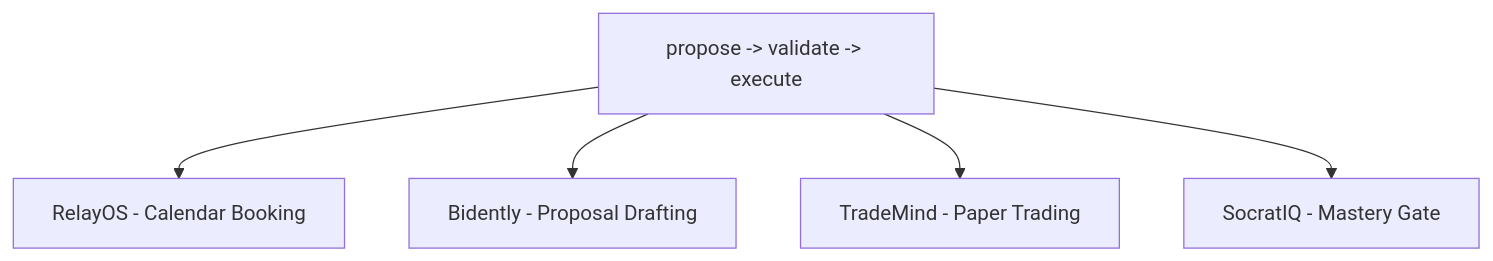
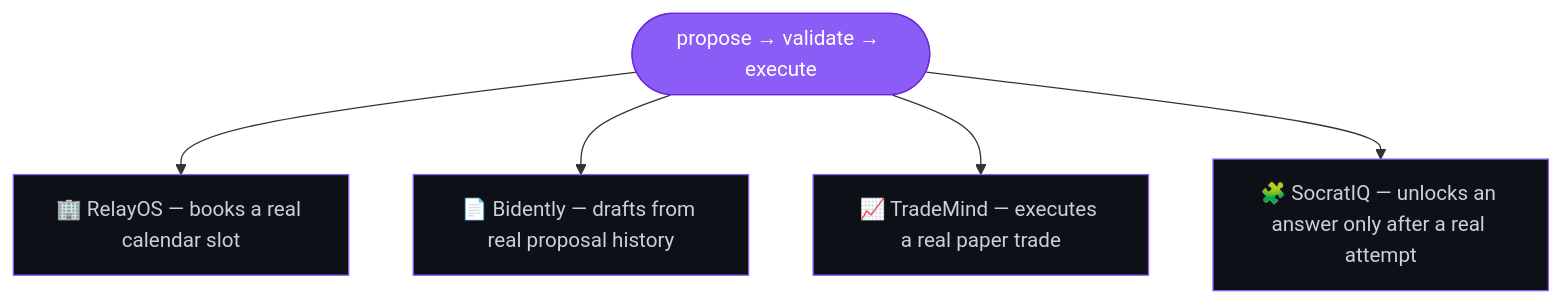
The second of 3 diagrams in README.md (MuhammadBilal561/MuhammadBilal561), drawn with Mermaid before and after one commit. The commit also changed other lines of this file, not shown here.

````diff
--- a/README.md
+++ b/README.md
@@ -34,11 +34,11 @@
 ```mermaid
 flowchart TD
-    P[propose -> validate -> execute]
-    P --> R[RelayOS - Calendar Booking]
-    P --> Bi[Bidently - Proposal Drafting]
-    P --> T[TradeMind - Paper Trading]
-    P --> S[SocratIQ - Mastery Gate]
+    P(["propose → validate → execute"]):::core
+    P --> R["🏢 RelayOS — books a real calendar slot"]:::proof
+    P --> Bi["📄 Bidently — drafts from real proposal history"]:::proof
+    P --> T["📈 TradeMind — executes a real paper trade"]:::proof
+    P --> S["🧩 SocratIQ — unlocks an answer only after a real attempt"]:::proof
 
     classDef core fill:#8B5CF6,stroke:#6D28D9,color:#fff
     classDef proof fill:#0D1117,stroke:#8B5CF6,color:#C9D1D9
 ```
````
